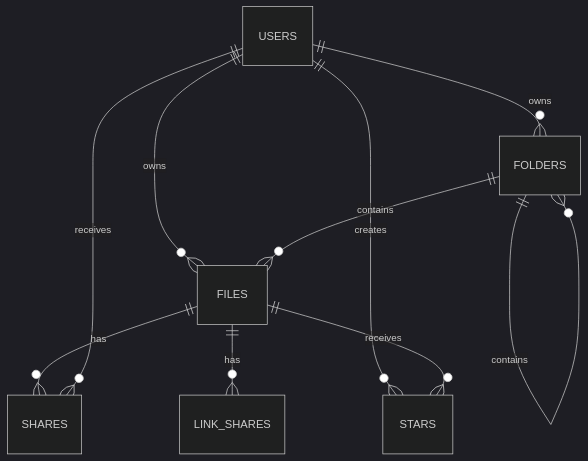
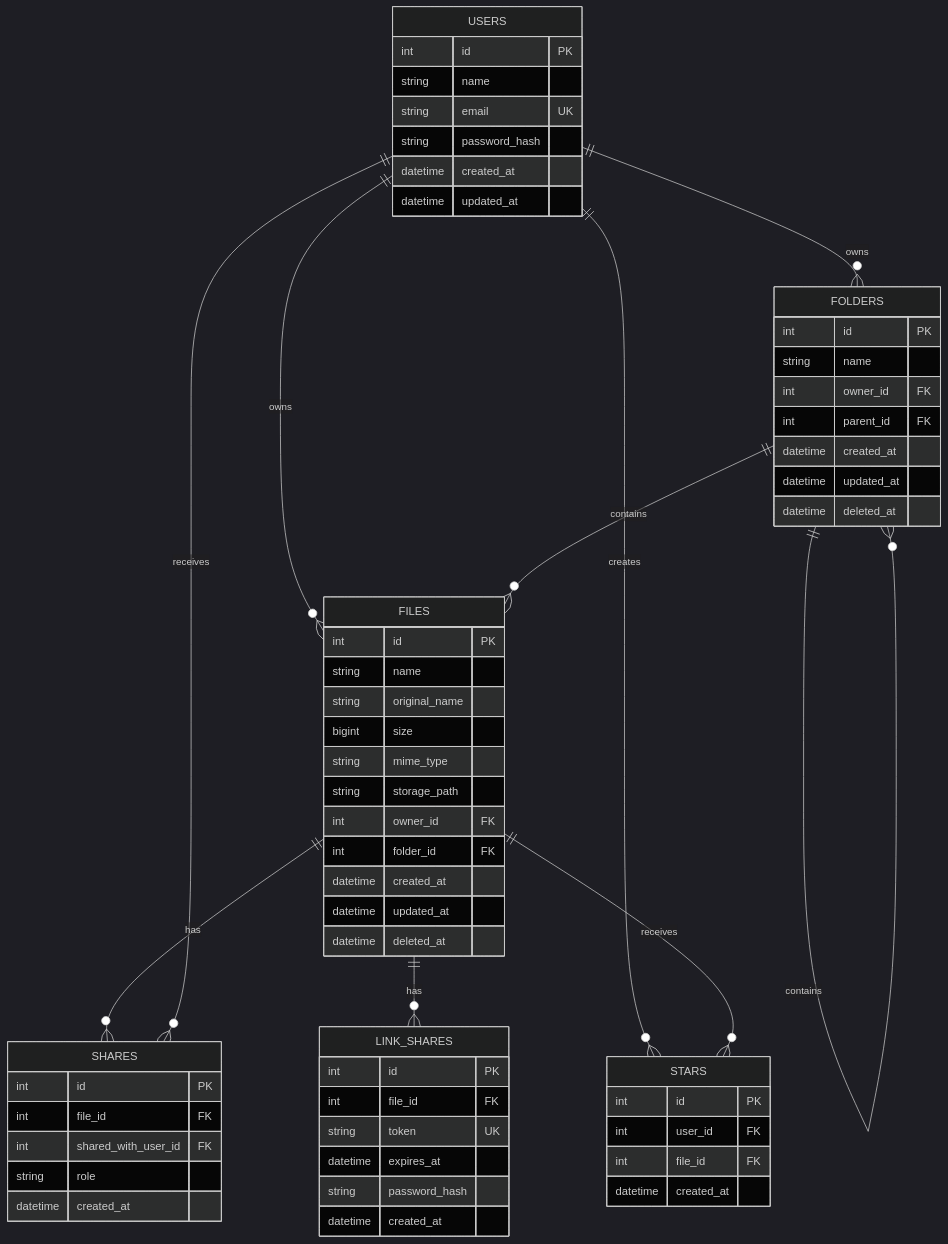
The diagram in docs/ER-diagram.md (PRJWL3/cloud-media-storage), drawn with Mermaid (dark theme) before and after one commit.

Commit message:
Add database ER diagram

````diff
--- a/docs/ER-diagram.md
+++ b/docs/ER-diagram.md
@@ -3,12 +5,75 @@
 ```mermaid
 erDiagram
+
     USERS ||--o{ FOLDERS : owns
     USERS ||--o{ FILES : owns
+
     FOLDERS ||--o{ FILES : contains
     FOLDERS ||--o{ FOLDERS : contains
+
     FILES ||--o{ SHARES : has
     USERS ||--o{ SHARES : receives
+
     FILES ||--o{ LINK_SHARES : has
+
     USERS ||--o{ STARS : creates
     FILES ||--o{ STARS : receives
+
+
+    USERS {
+        int id PK
+        string name
+        string email UK
+        string password_hash
+        datetime created_at
+        datetime updated_at
+    }
+
+    FOLDERS {
+        int id PK
+        string name
+        int owner_id FK
+        int parent_id FK
+        datetime created_at
+        datetime updated_at
+        datetime deleted_at
+    }
+
+    FILES {
+        int id PK
+        string name
+        string original_name
+        bigint size
+        string mime_type
+        string storage_path
+        int owner_id FK
+        int folder_id FK
+        datetime created_at
+        datetime updated_at
+        datetime deleted_at
+    }
+
+    SHARES {
+        int id PK
+        int file_id FK
+        int shared_with_user_id FK
+        string role
+        datetime created_at
+    }
+
+    LINK_SHARES {
+        int id PK
+        int file_id FK
+        string token UK
+        datetime expires_at
+        string password_hash
+        datetime created_at
+    }
+
+    STARS {
+        int id PK
+        int user_id FK
+        int file_id FK
+        datetime created_at
+    }
 ```
````
